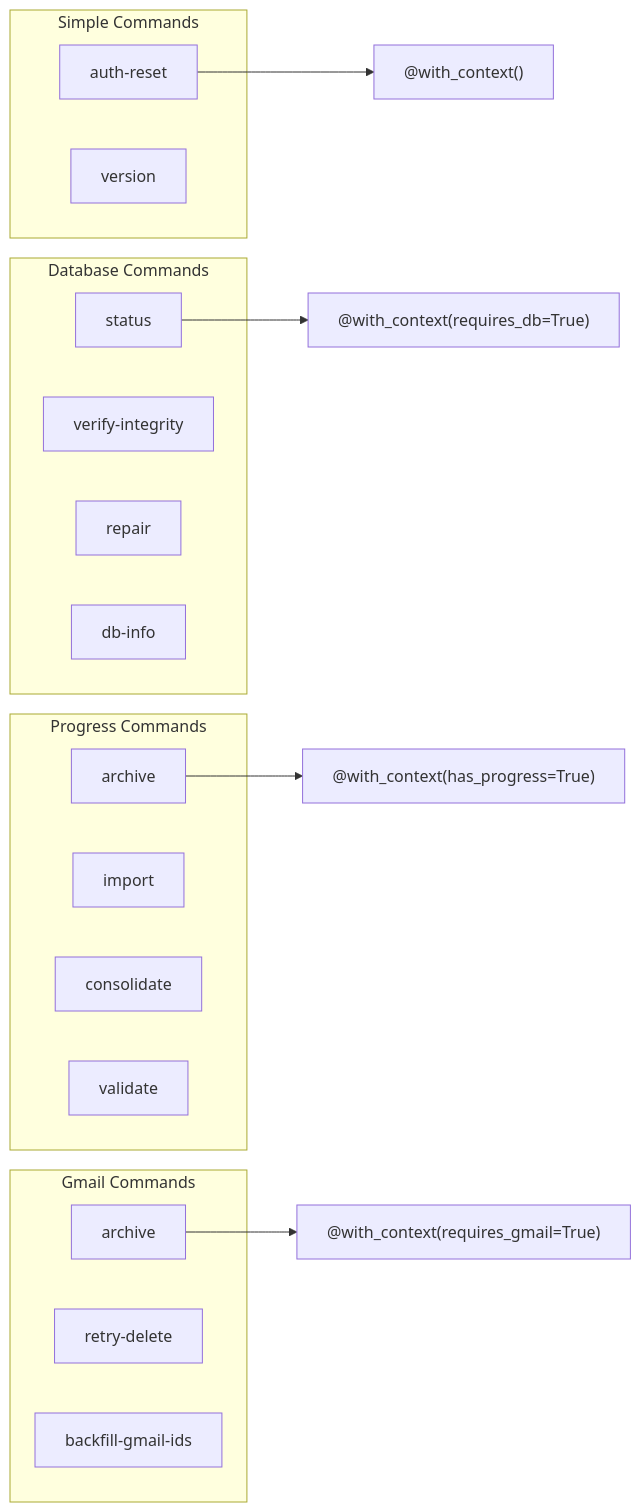
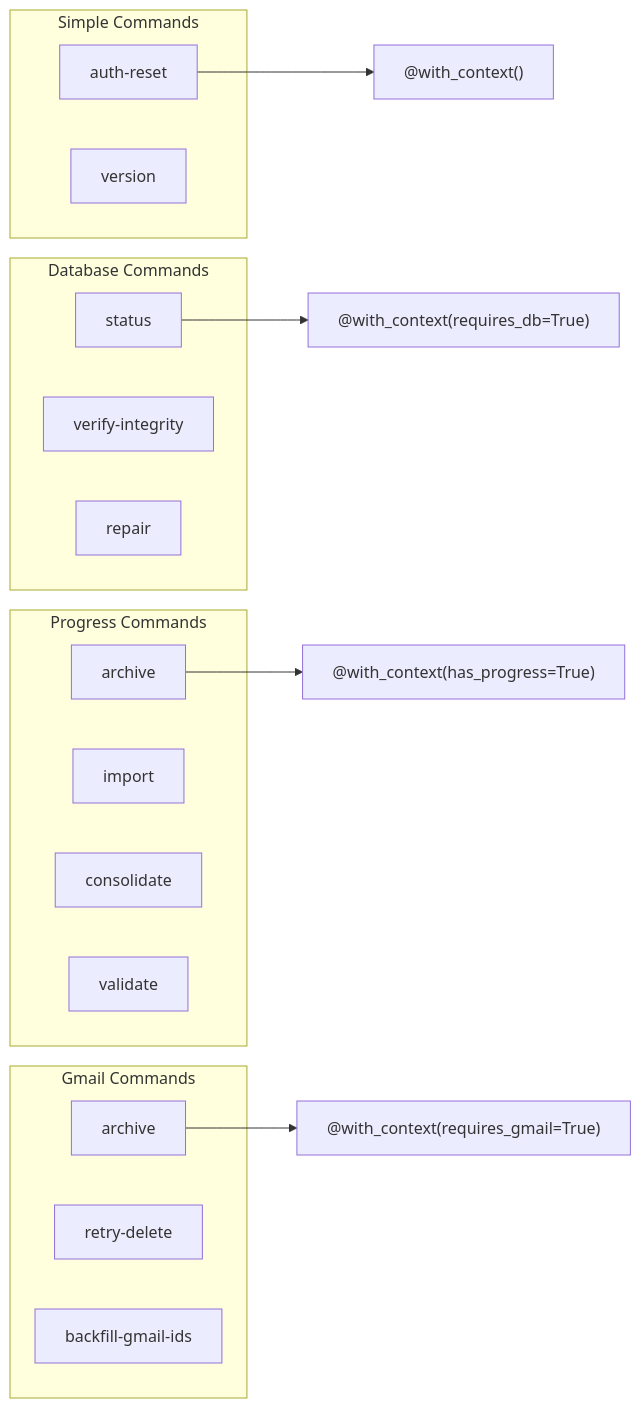
One commit to tumma72/GMailArchiver changed diagram 15 of 23 in docs/ARCHITECTURE.md. Above: the diagram before and after it, drawn with Mermaid. The commit also changed 21 other files, not shown here.

````diff
--- a/docs/ARCHITECTURE.md
+++ b/docs/ARCHITECTURE.md
@@ -650,32 +650,31 @@
 ```mermaid
 graph LR
     subgraph "Simple Commands"
         A1[auth-reset]
         A2[version]
     end
 
     subgraph "Database Commands"
         B1[status]
         B2[verify-integrity]
         B3[repair]
-        B4[db-info]
     end
 
     subgraph "Progress Commands"
         C1[archive]
         C2[import]
         C3[consolidate]
         C4[validate]
     end
 
     subgraph "Gmail Commands"
         D1[archive]
         D2[retry-delete]
         D3[backfill-gmail-ids]
     end
 
     A1 --> CTX1["@with_context()"]
     B1 --> CTX2["@with_context(requires_db=True)"]
     C1 --> CTX3["@with_context(has_progress=True)"]
     D1 --> CTX4["@with_context(requires_gmail=True)"]
 ```
````
